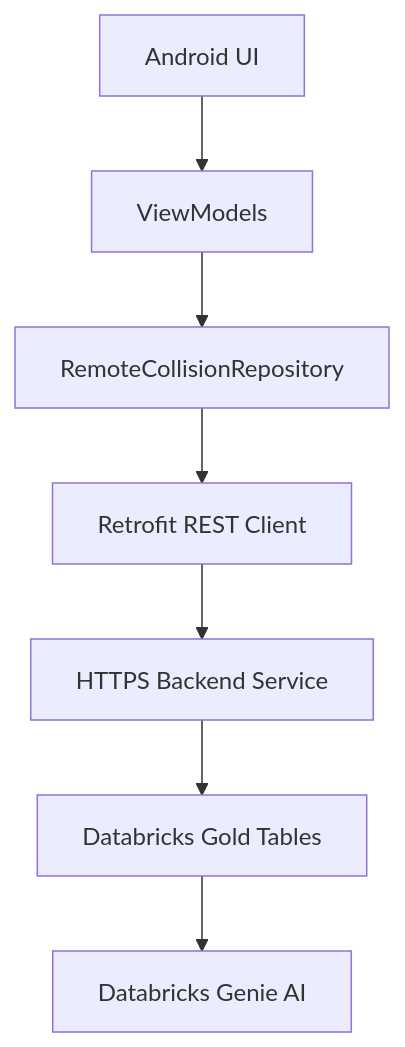
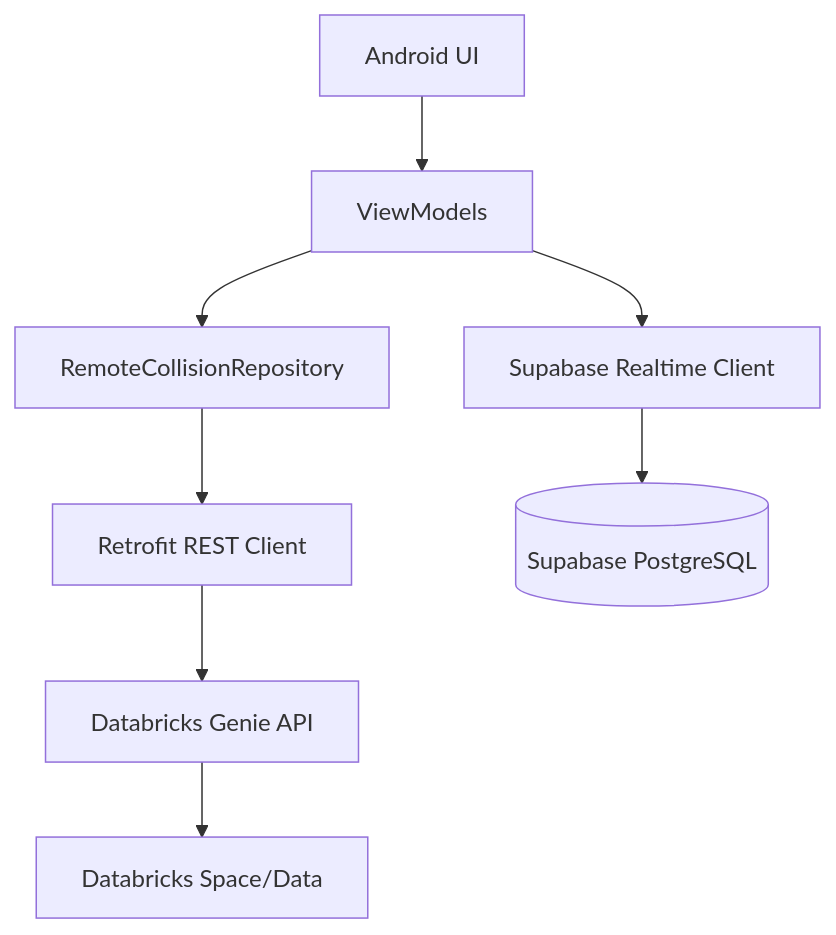
One commit to D-Harsha-vardhan/CampusConnect----CloverDynamics changed the second of 2 diagrams in IMPLEMENTATION_PLAN.md. Above: the diagram before and after it, drawn with Mermaid. The commit also changed other lines of this file and 723 other files, not shown here.

Commit message:
Update architecture to directly hit Databricks Genie and setup Supabase real-time chat

````diff
--- a/IMPLEMENTATION_PLAN.md
+++ b/IMPLEMENTATION_PLAN.md
@@ -19,9 +20,14 @@
 ```mermaid
 graph TD
     UI[Android UI] --> VM[ViewModels]
+    
+    %% Main Collision Flow
     VM --> Repo[RemoteCollisionRepository]
     Repo --> API[Retrofit REST Client]
-    API --> Backend[HTTPS Backend Service]
-    Backend --> Databricks[Databricks Gold Tables]
-    Databricks --> Genie[Databricks Genie AI]
+    API --> Genie[Databricks Genie API]
+    Genie --> DB[Databricks Space/Data]
+    
+    %% Chat Flow
+    VM --> SupabaseClient[Supabase Realtime Client]
+    SupabaseClient --> SupabaseDB[(Supabase PostgreSQL)]
 ```
````
